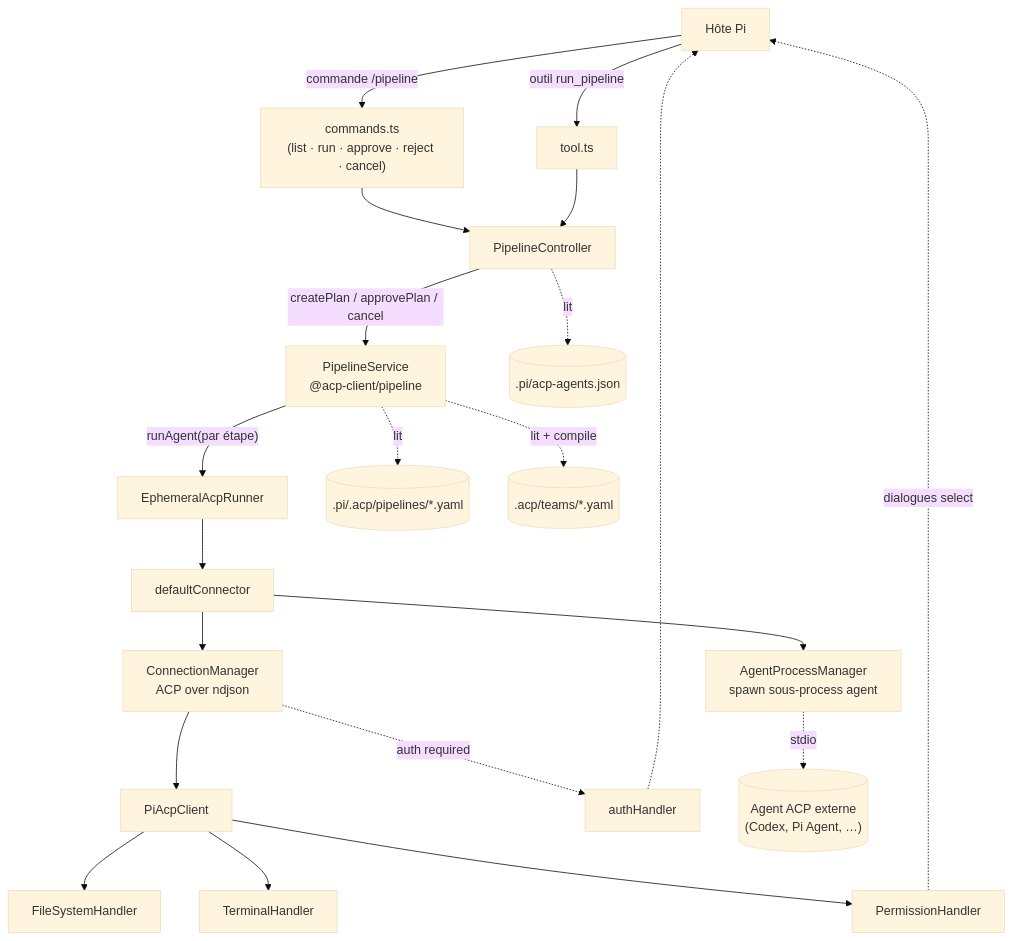
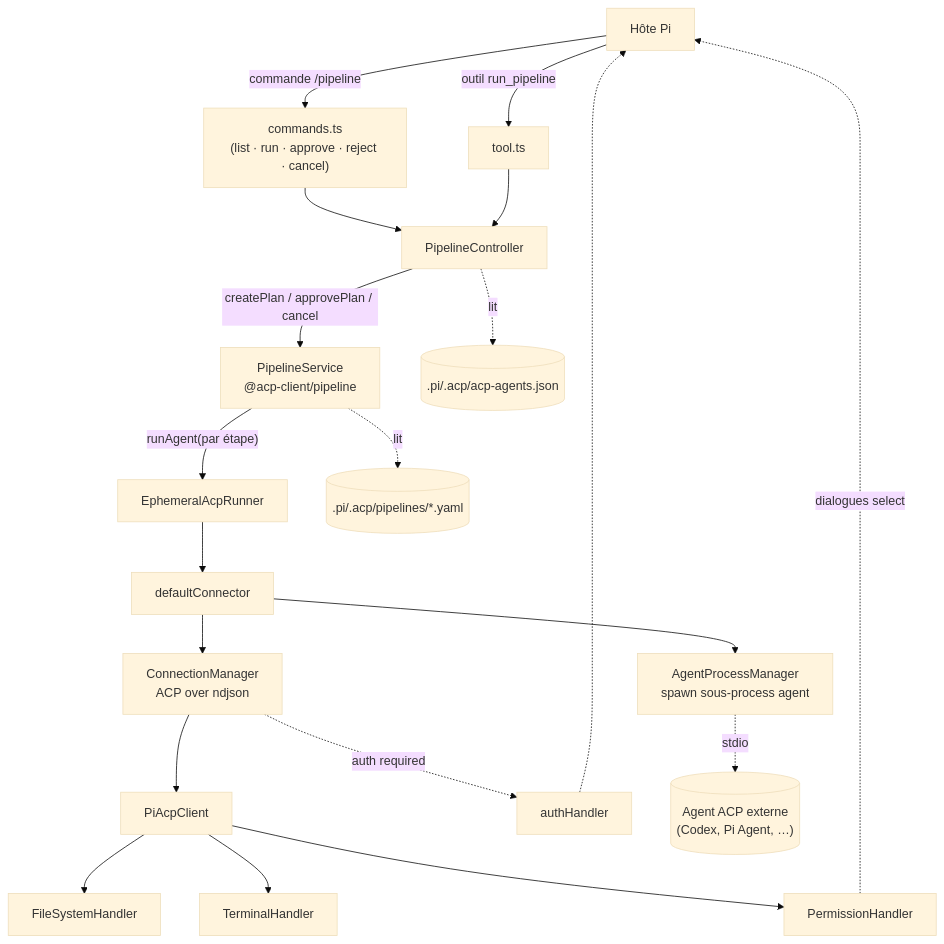
The first of 4 diagrams in packages/acp-pi-extension/README.md (maurice30120/vscode-acp), drawn with Mermaid (base theme) before and after one commit. The commit also changed other lines of this file and 14 other files, not shown here.

Commit message:
feat: add ACP agents configuration and update pipeline definitions with skills support

````diff
--- a/packages/acp-pi-extension/README.md
+++ b/packages/acp-pi-extension/README.md
@@ -187,28 +203,27 @@
 ```mermaid
 flowchart TD
   Host["Hôte Pi"]
 
   Host -->|"commande /pipeline"| Cmds["commands.ts<br/>(list · run · approve · reject · cancel)"]
   Host -->|"outil run_pipeline"| Tool["tool.ts"]
   Cmds --> Ctrl["PipelineController"]
   Tool --> Ctrl
 
   Ctrl -->|"createPlan / approvePlan / cancel"| Svc["PipelineService<br/>@acp-client/pipeline"]
   Svc -->|"runAgent(par étape)"| Runner["EphemeralAcpRunner"]
   Runner --> Conn["defaultConnector"]
 
   Conn --> Proc["AgentProcessManager<br/>spawn sous-process agent"]
   Conn --> Cm["ConnectionManager<br/>ACP over ndjson"]
   Cm --> Client["PiAcpClient"]
   Client --> FS["FileSystemHandler"]
   Client --> Term["TerminalHandler"]
   Client --> Perm["PermissionHandler"]
   Perm -.->|"dialogues select"| Host
   Cm -.->|"auth required"| Auth["authHandler"]
   Auth -.-> Host
 
-  Ctrl -.->|"lit"| Cfg[(".pi/acp-agents.json")]
+  Ctrl -.->|"lit"| Cfg[(".pi/.acp/acp-agents.json")]
   Svc -.->|"lit"| Pipes[(".pi/.acp/pipelines/*.yaml")]
-  Svc -.->|"lit + compile"| Teams[(".acp/teams/*.yaml")]
   Proc -.->|"stdio"| Agent[("Agent ACP externe<br/>(Codex, Pi Agent, …)")]
 ```
````
